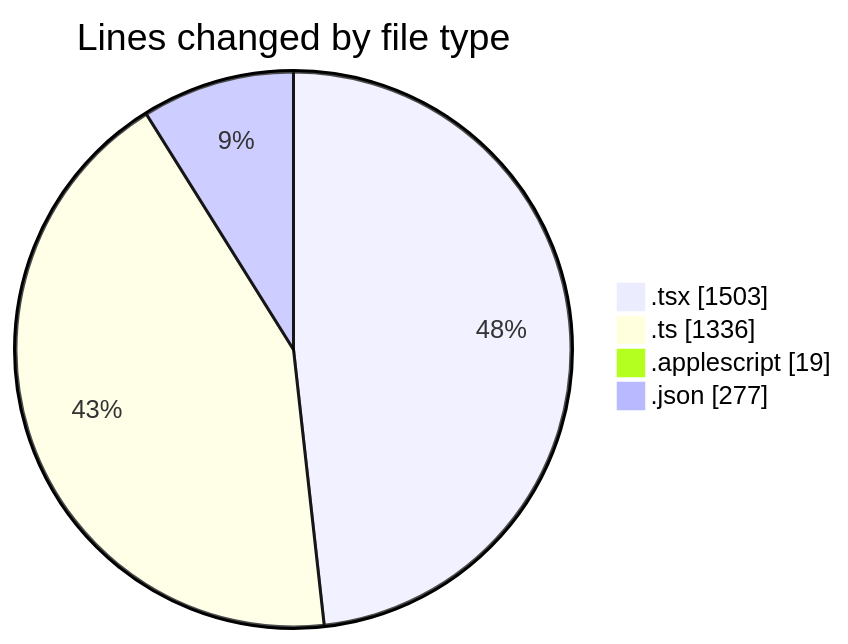
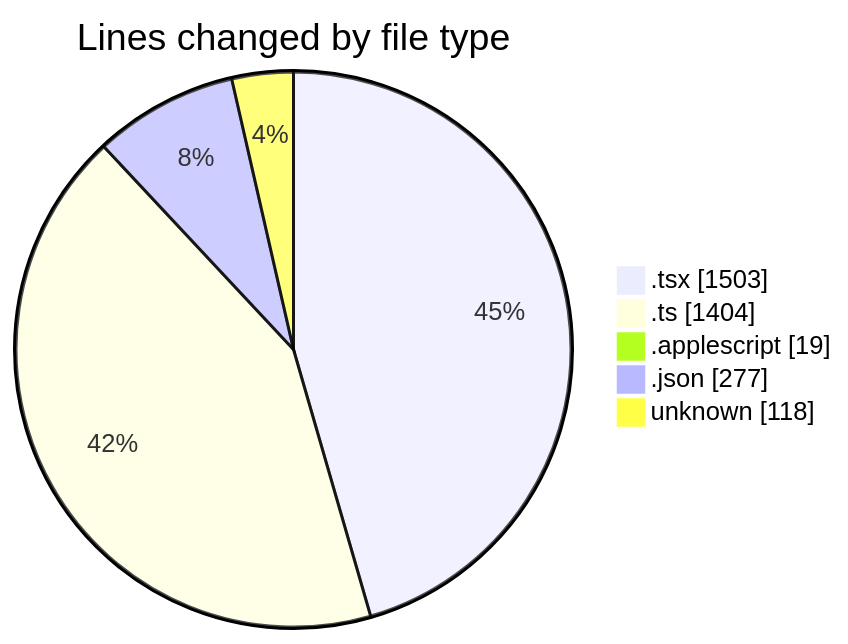
The first of 2 diagrams in 2025-07-11/ribbon/README.md (EIIisD/code-tracking), drawn with Mermaid before and after one commit. The commit also changed other lines of this file and 1 other file, not shown here.

````diff
--- a/2025-07-11/ribbon/README.md
+++ b/2025-07-11/ribbon/README.md
@@ -36,8 +37,9 @@
 ```mermaid
 pie showData
 title Lines changed by file type
 ".tsx" : 1503
-".ts" : 1336
+".ts" : 1404
 ".applescript" : 19
 ".json" : 277
+"unknown" : 118
 ```
````
